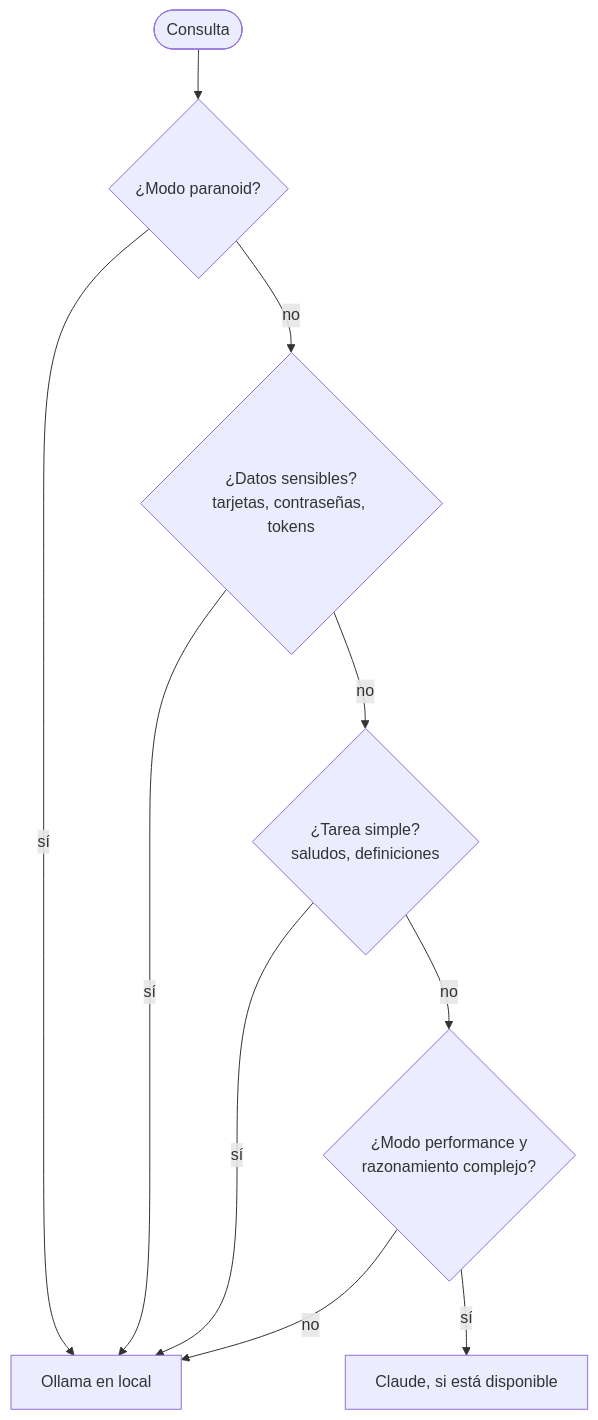
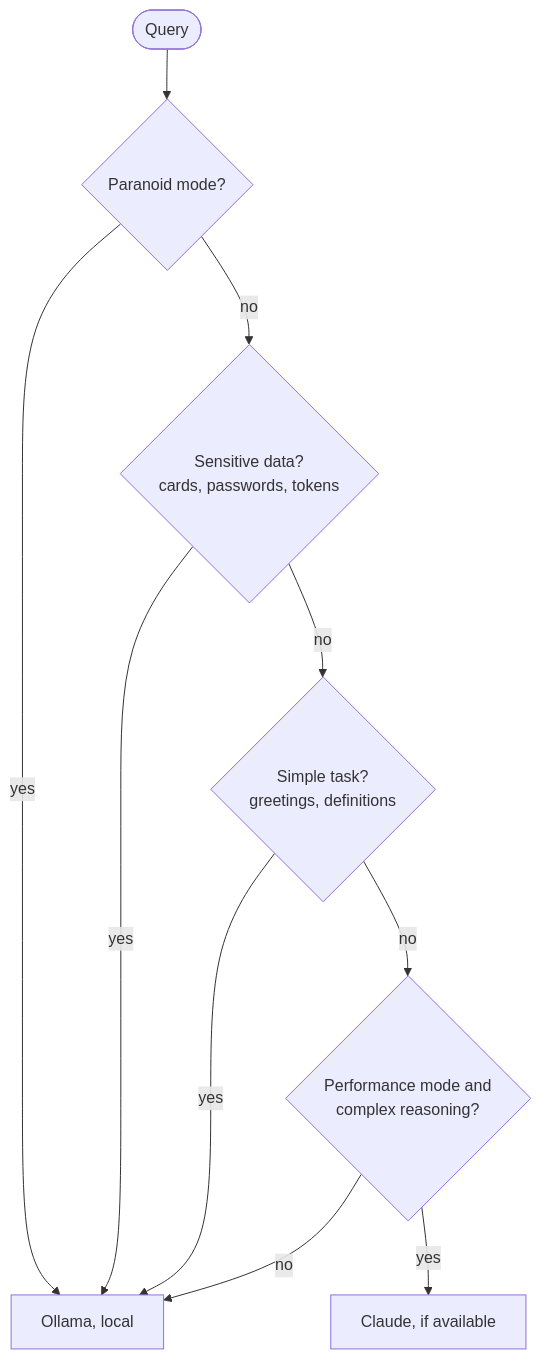
One commit to jorgeress/cibo changed the second of 2 diagrams in README.md. Above: the diagram before and after it, drawn with Mermaid. The commit also changed other lines of this file and 1 other file, not shown here.

````diff
--- a/README.md
+++ b/README.md
@@ -172,12 +176,12 @@
 ```mermaid
 flowchart TD
-    Q(["Consulta"]) --> P{"¿Modo paranoid?"}
-    P -->|sí| LOCAL["Ollama en local"]
-    P -->|no| S{"¿Datos sensibles?<br/>tarjetas, contraseñas, tokens"}
-    S -->|sí| LOCAL
-    S -->|no| SIMPLE{"¿Tarea simple?<br/>saludos, definiciones"}
-    SIMPLE -->|sí| LOCAL
-    SIMPLE -->|no| PERF{"¿Modo performance y<br/>razonamiento complejo?"}
+    Q(["Query"]) --> P{"Paranoid mode?"}
+    P -->|yes| LOCAL["Ollama, local"]
+    P -->|no| S{"Sensitive data?<br/>cards, passwords, tokens"}
+    S -->|yes| LOCAL
+    S -->|no| SIMPLE{"Simple task?<br/>greetings, definitions"}
+    SIMPLE -->|yes| LOCAL
+    SIMPLE -->|no| PERF{"Performance mode and<br/>complex reasoning?"}
     PERF -->|no| LOCAL
-    PERF -->|sí| CLOUD["Claude, si está disponible"]
+    PERF -->|yes| CLOUD["Claude, if available"]
 ```
````
